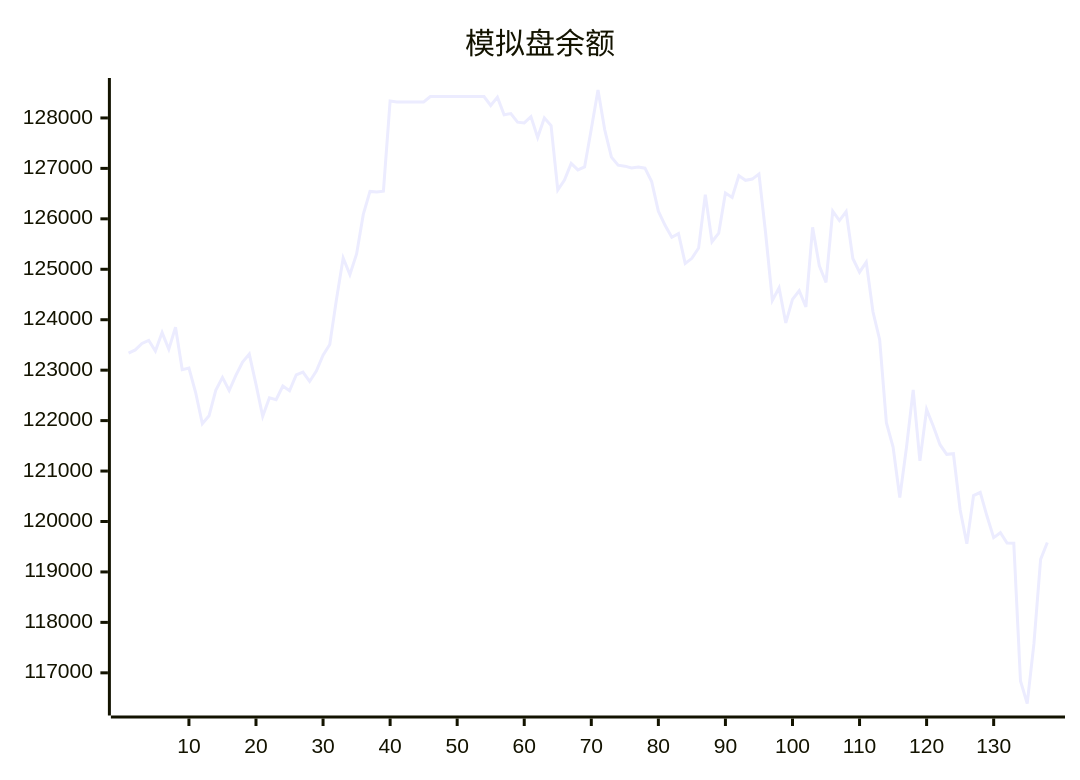
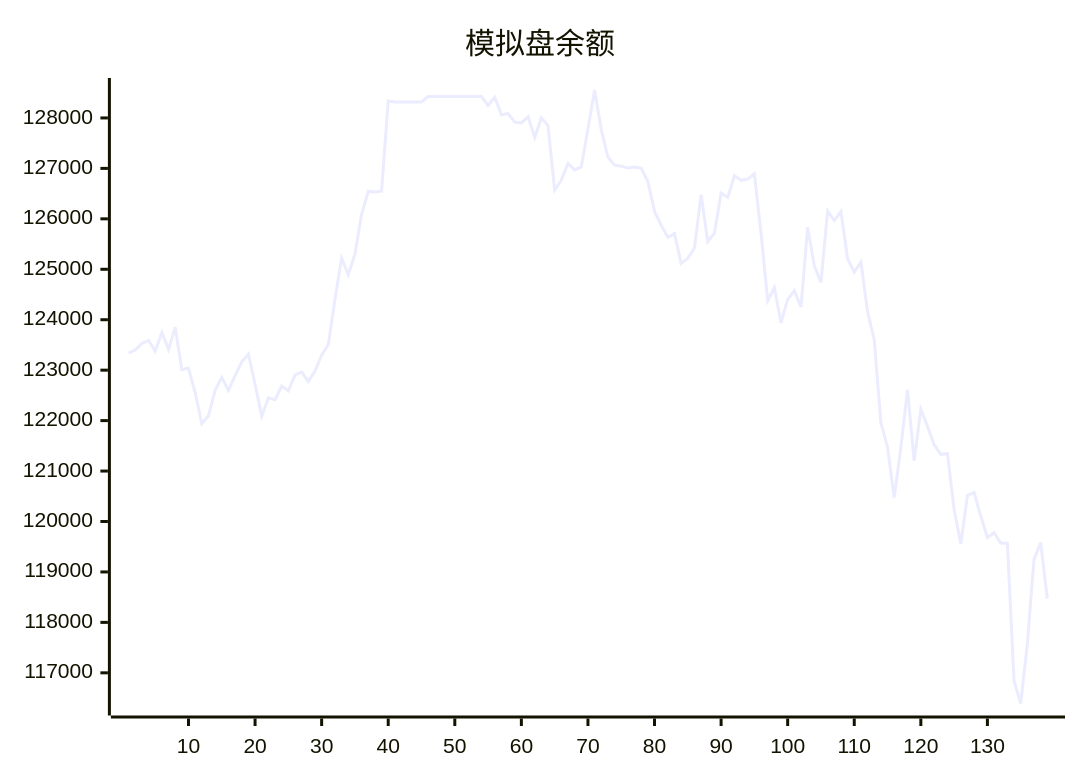
Before and after one commit to aahl/ai-trading: the diagram in README.md, drawn with Mermaid. The commit also changed other lines of this file and 1 other file, not shown here.

````diff
--- a/README.md
+++ b/README.md
@@ -5,5 +5,5 @@
 ```mermaid
 xychart
     title "模拟盘余额"
-    line [123338,123402,123530,123592,123378,123745,123413,123853,123009,123040,122557,121938,122095,122599,122856,122597,122898,123160,123319,122719,122087,122454,122416,122685,122592,122907,122961,122776,122981,123295,123507,124403,125224,124894,125303,126088,126544,126534,126549,128335,128318,128318,128318,128318,128318,128424,128424,128424,128424,128424,128424,128424,128424,128424,128247,128412,128062,128087,127917,127901,128026,127611,128000,127850,126572,126770,127100,126971,127029,127783,128554,127765,127224,127064,127044,127009,127025,127004,126738,126152,125871,125635,125707,125117,125217,125420,126480,125545,125715,126511,126424,126856,126764,126788,126890,125710,124381,124632,123936,124402,124574,124256,125833,125070,124739,126154,125966,126145,125213,124943,125143,124157,123604,121959,121476,120476,121470,122610,121201,122221,121889,121522,121332,121344,120232,119559,120513,120577,120108,119680,119777,119572,119568,116839,116392,117573,119250,119585]
+    line [123338,123402,123530,123592,123378,123745,123413,123853,123009,123040,122557,121938,122095,122599,122856,122597,122898,123160,123319,122719,122087,122454,122416,122685,122592,122907,122961,122776,122981,123295,123507,124403,125224,124894,125303,126088,126544,126534,126549,128335,128318,128318,128318,128318,128318,128424,128424,128424,128424,128424,128424,128424,128424,128424,128247,128412,128062,128087,127917,127901,128026,127611,128000,127850,126572,126770,127100,126971,127029,127783,128554,127765,127224,127064,127044,127009,127025,127004,126738,126152,125871,125635,125707,125117,125217,125420,126480,125545,125715,126511,126424,126856,126764,126788,126890,125710,124381,124632,123936,124402,124574,124256,125833,125070,124739,126154,125966,126145,125213,124943,125143,124157,123604,121959,121476,120476,121470,122610,121201,122221,121889,121522,121332,121344,120232,119559,120513,120577,120108,119680,119777,119572,119568,116839,116392,117573,119250,119585,118469]
 ```
````
